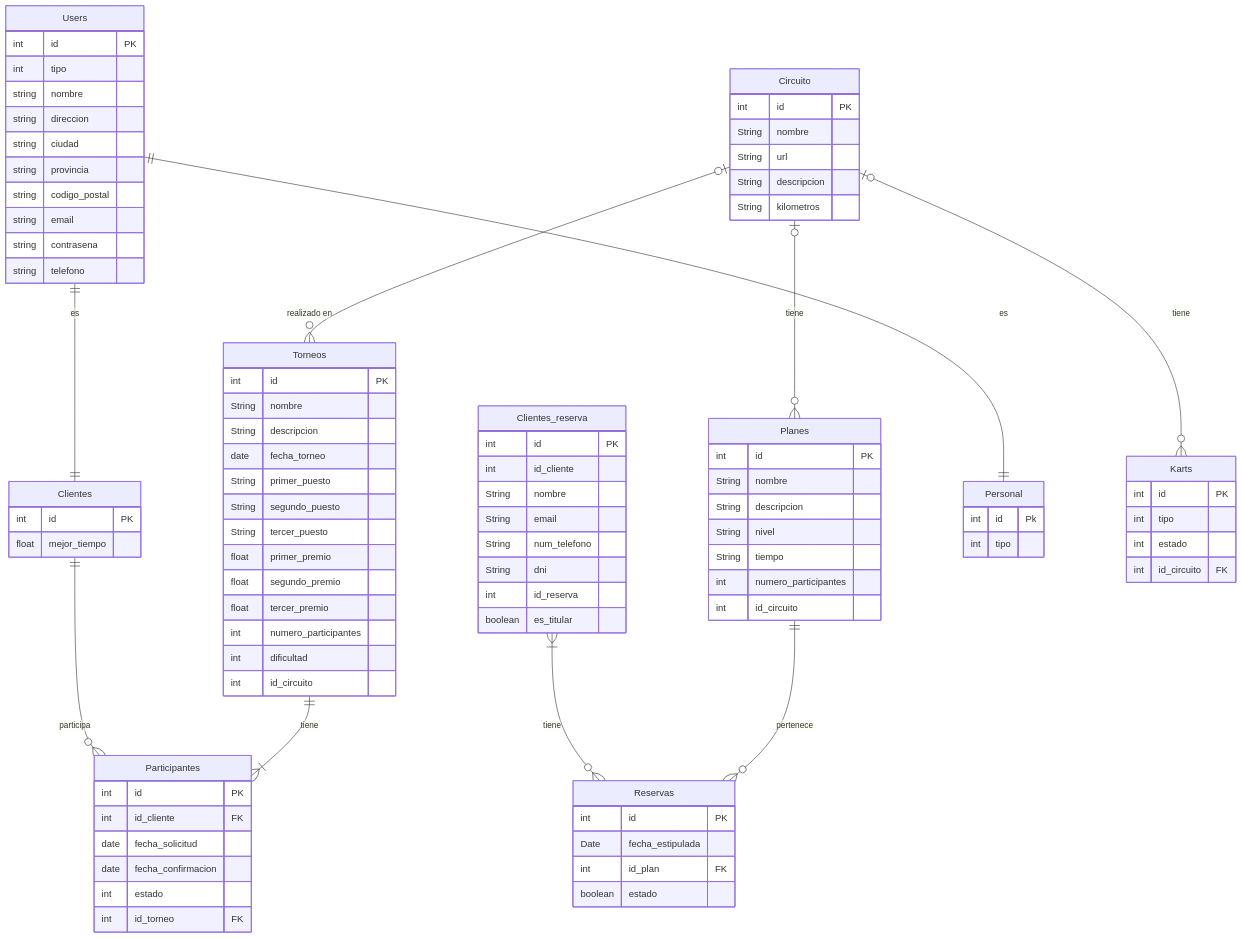
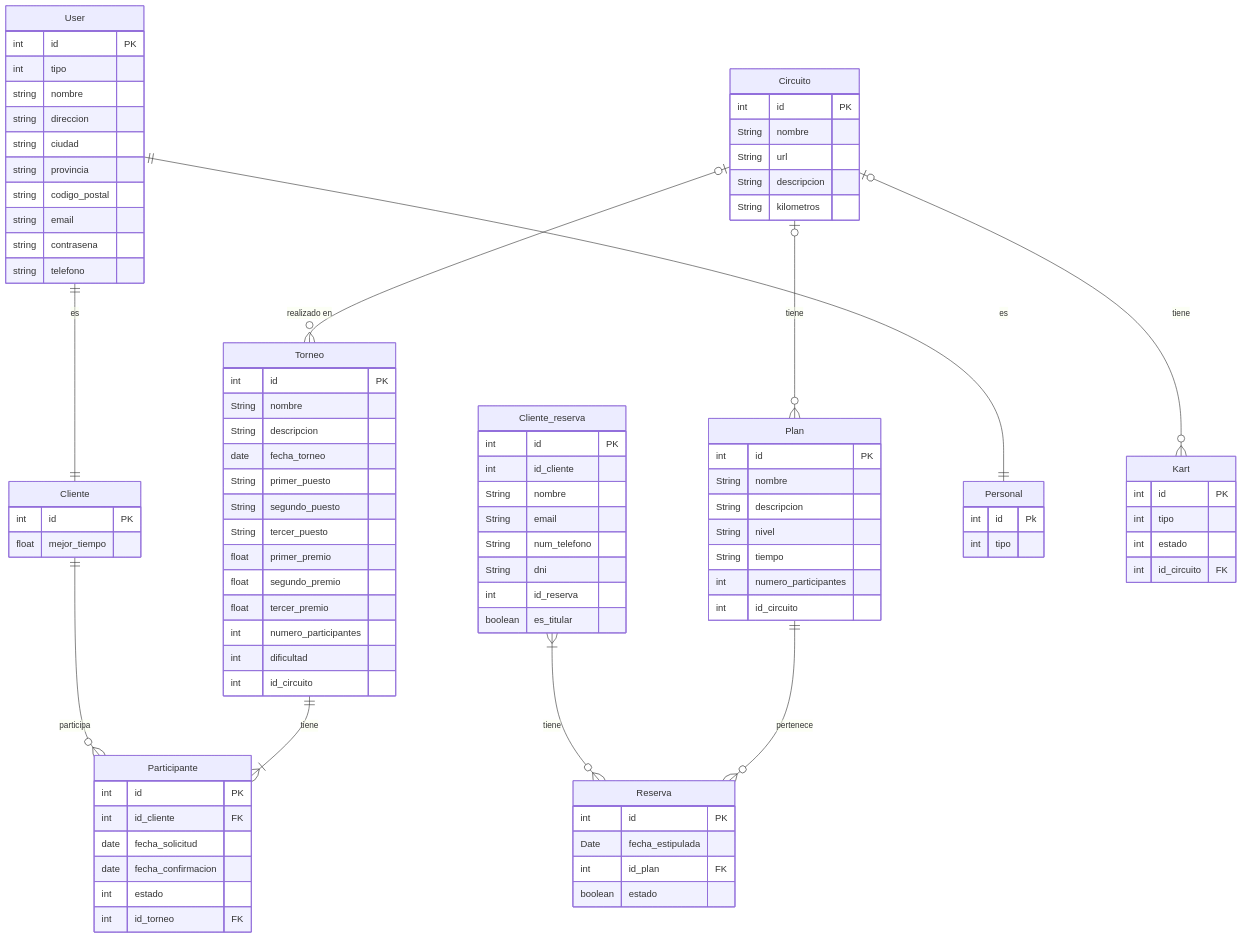
The diagram in doc/templates/3_deseño.md (jglgap/kartmania), drawn with Mermaid before and after one commit.

Commit message:
Update ER

````diff
--- a/doc/templates/3_deseño.md
+++ b/doc/templates/3_deseño.md
@@ -8,12 +8,12 @@
 
 erDiagram
 	
-	Clientes {
+	Cliente {
 		int id PK   
 		float mejor_tiempo    
 	}
 
-	Participantes {
+	Participante {
 		int id PK   
 		int id_cliente FK   
 		date fecha_solicitud    
@@ -22,7 +22,7 @@
 		int id_torneo FK   
 	}
 
-	Torneos {
+	Torneo {
 		int id PK   
 		String nombre    
 		String descripcion    
@@ -38,7 +38,7 @@
         int id_circuito 
 	}
 
-	Clientes_reserva {
+	Cliente_reserva {
 		int id PK   
 		int id_cliente   
 		String nombre   
@@ -49,14 +49,14 @@
 		boolean es_titular   
 	}
 
-	Reservas {
+	Reserva {
 		int id PK  
 		Date fecha_estipulada   
 		int id_plan FK  
 		boolean estado   
 	}
 
-	Planes {
+	Plan {
 		int id PK   
 		String nombre    
 		String descripcion    
@@ -67,7 +67,7 @@
   
 	}
 
-	Users {
+	User {
 		int id PK  
 		int tipo   
 		string nombre   
@@ -85,7 +85,7 @@
 		int tipo   
 	}
 
-	Karts {
+	Kart {
 		int id PK   
 		int tipo    
 		int estado
@@ -99,14 +99,14 @@
         String descripcion
         String kilometros
         }
-    Circuito o|--o{ Planes : "tiene"
-    Circuito o|--o{Torneos : "realizado en"
-    Circuito o|--o{ Karts : "tiene"
-	Clientes||--o{Participantes:"participa"
-	Torneos||--|{Participantes:"tiene"
-	Clientes_reserva}|--o{Reservas:"tiene"
-	Planes||--o{Reservas:"pertenece"
-	Users||--||Personal:"es"
-	Users||--||Clientes:"es"
+    Circuito o|--o{ Plan : "tiene"
+    Circuito o|--o{Torneo : "realizado en"
+    Circuito o|--o{ Kart : "tiene"
+	Cliente||--o{Participante:"participa"
+	Torneo||--|{Participante:"tiene"
+	Cliente_reserva}|--o{Reserva:"tiene"
+	Plan||--o{Reserva:"pertenece"
+	User||--||Personal:"es"
+	User||--||Cliente:"es"
 
 ```
````
